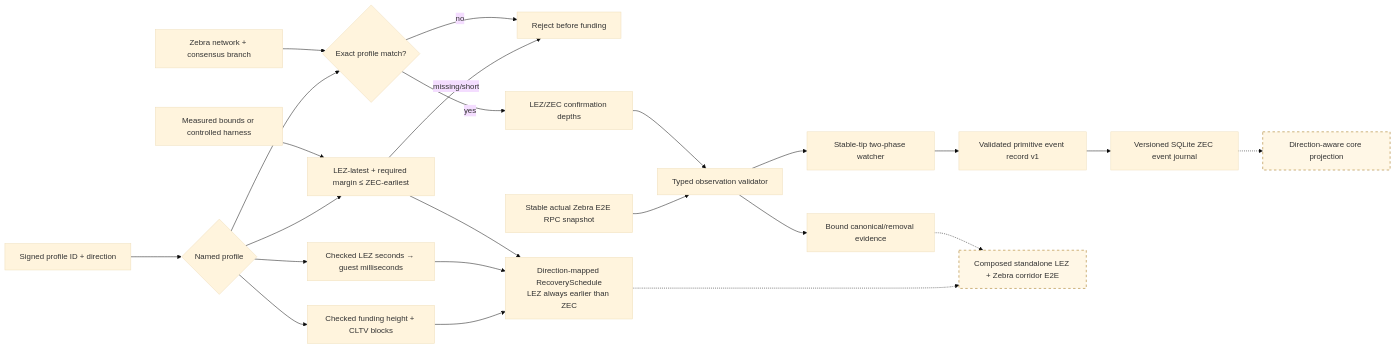
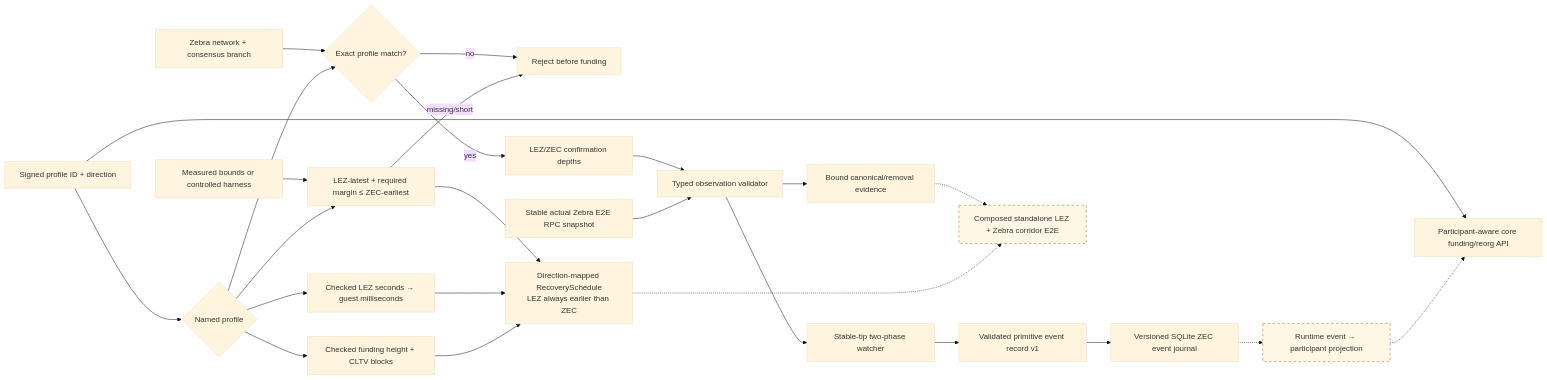
One commit to gateway-fm/lez-atomic-swaps changed the sixth of 9 diagrams in docs/architecture/system-architecture.md. Above: the diagram before and after it, drawn with Mermaid (base theme). The commit also changed other lines of this file and 6 other files, not shown here.

````diff
--- a/docs/architecture/system-architecture.md
+++ b/docs/architecture/system-architecture.md
@@ -273,28 +273,30 @@
 ```mermaid
 flowchart LR
     Terms["Signed profile ID + direction"] --> Select{"Named profile"}
     Node["Zebra network + consensus branch"] --> Validate{"Exact profile match?"}
     Select --> Validate
     Validate -->|"no"| Reject["Reject before funding"]
     Validate -->|"yes"| Depths["LEZ/ZEC confirmation depths"]
     Select --> LezDeadline["Checked LEZ seconds → guest milliseconds"]
     Select --> ZecDeadline["Checked funding height + CLTV blocks"]
     Telemetry["Measured bounds or controlled harness"] --> Safety["LEZ-latest + required margin ≤ ZEC-earliest"]
     Select --> Safety
     Safety -->|"missing/short"| Reject
     Safety --> Schedule["Direction-mapped RecoverySchedule<br/>LEZ always earlier than ZEC"]
     Depths --> Validator["Typed observation validator"]
     ZebraE2E["Stable actual Zebra E2E RPC snapshot"] --> Validator
     Validator --> Watcher["Stable-tip two-phase watcher"]
     Watcher --> Record["Validated primitive event record v1"]
     Record --> Journal["Versioned SQLite ZEC event journal"]
-    Journal -.-> Projection["Direction-aware core projection"]
+    Journal -.-> Projection["Runtime event → participant projection"]
+    Terms --> CoreFunding["Participant-aware core funding/reorg API"]
+    Projection -.-> CoreFunding
     Validator --> Observe["Bound canonical/removal evidence"]
     LezDeadline --> Schedule
     ZecDeadline --> Schedule
     Observe -.-> Composed["Composed standalone LEZ + Zebra corridor E2E"]
     Schedule -.-> Composed
 
     classDef planned stroke-dasharray: 5 5,fill:#fff7e6,stroke:#9a6700;
     class Projection,Composed planned;
 ```
````
